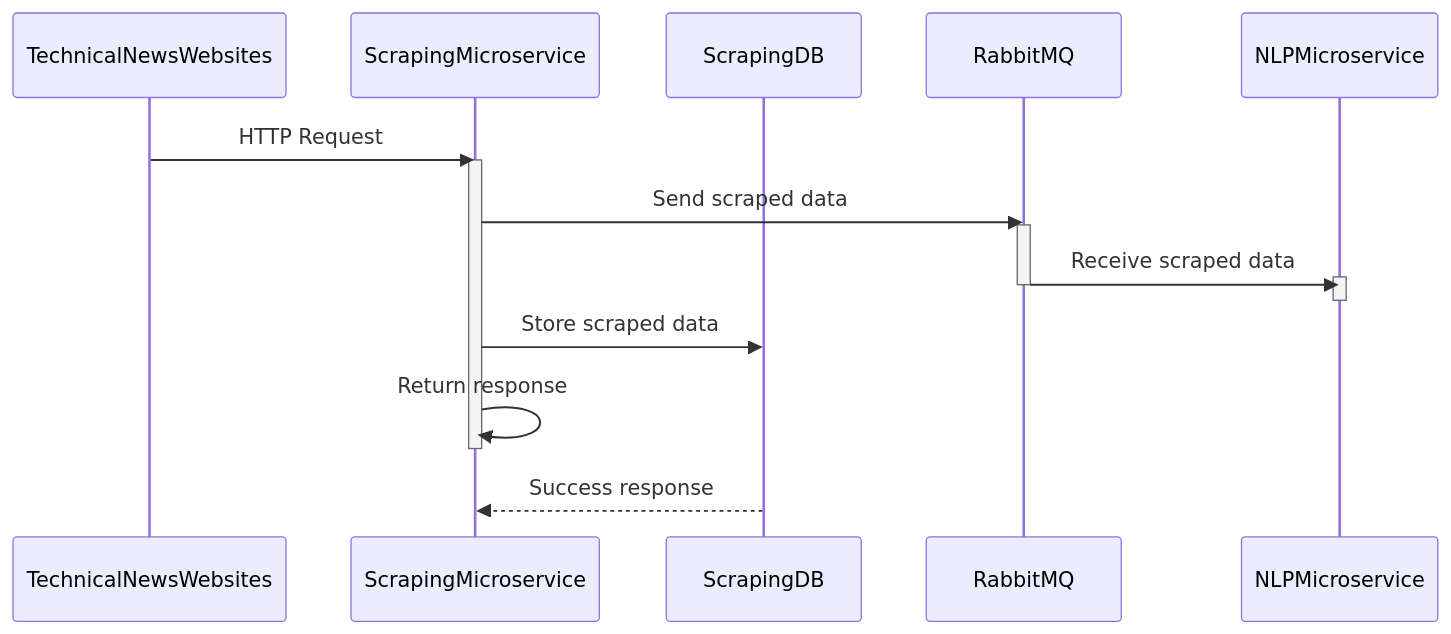
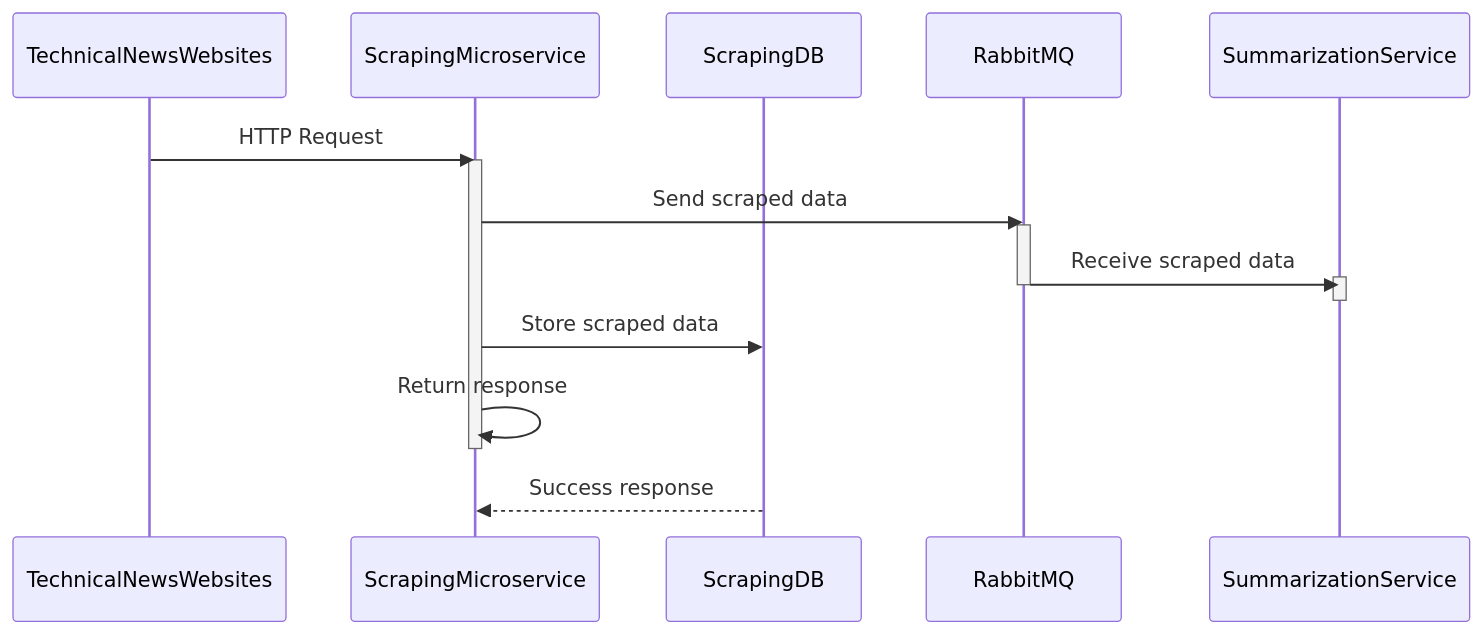
The second of 9 diagrams in README.md (7TRED/crispy), drawn with Mermaid before and after one commit.

````diff
--- a/README.md
+++ b/README.md
@@ -58,21 +58,21 @@
 ```mermaid
 sequenceDiagram
     participant TechnicalNewsWebsites
     participant ScrapingMicroservice
     participant ScrapingDB
     participant RabbitMQ
-    participant NLPMicroservice
+    participant SummarizationService
     
     TechnicalNewsWebsites->>ScrapingMicroservice: HTTP Request
     activate ScrapingMicroservice
     ScrapingMicroservice->>RabbitMQ: Send scraped data
     activate RabbitMQ
-    RabbitMQ->>NLPMicroservice: Receive scraped data
-    activate NLPMicroservice
-    deactivate NLPMicroservice
+    RabbitMQ->>SummarizationService: Receive scraped data
+    activate SummarizationService
+    deactivate SummarizationService
     deactivate RabbitMQ
     ScrapingMicroservice->>ScrapingDB: Store scraped data
     ScrapingMicroservice->>ScrapingMicroservice: Return response
     deactivate ScrapingMicroservice
     ScrapingDB-->>ScrapingMicroservice: Success response
 ```
````
